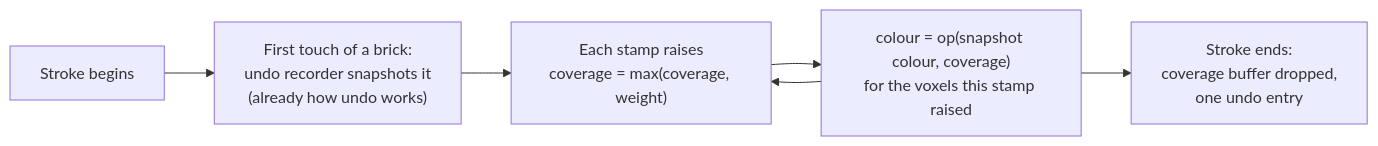
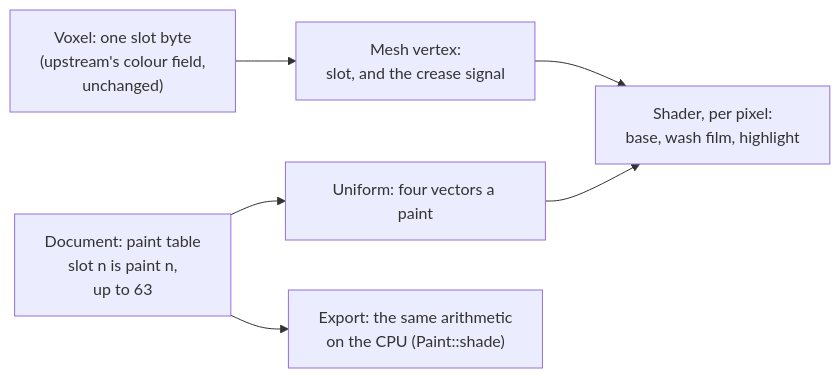
Before and after one commit to DanielJoyce/brokkrsculpt: the fifth of 8 diagrams in docs/STUDIO-PLAN.md, drawn with Mermaid. The commit also changed other lines of this file and 15 other files, not shown here.

First line of the commit message:
Paint with recipes: a wash and a highlight on every paint, worked out from the shape

````diff
--- a/docs/STUDIO-PLAN.md
+++ b/docs/STUDIO-PLAN.md
@@ -851,8 +819,8 @@
 ```mermaid
 flowchart LR
-    S0["Stroke begins"] --> R["First touch of a brick:<br/>undo recorder snapshots it<br/>(already how undo works)"]
-    R --> ST["Each stamp raises<br/>coverage = max(coverage, weight)"]
-    ST --> AP["colour = op(snapshot colour, coverage)<br/>for the voxels this stamp raised"]
-    AP --> ST
-    AP --> EN["Stroke ends:<br/>coverage buffer dropped,<br/>one undo entry"]
+    V["Voxel: one slot byte<br/>(upstream's colour field,<br/>unchanged)"] --> M["Mesh vertex:<br/>slot, and the crease signal"]
+    T["Document: paint table<br/>slot n is paint n,<br/>up to 63"] --> U["Uniform: four vectors a paint"]
+    M --> SH["Shader, per pixel:<br/>base, wash film, highlight"]
+    U --> SH
+    T --> EX["Export: the same arithmetic<br/>on the CPU (Paint::shade)"]
 ```
````
